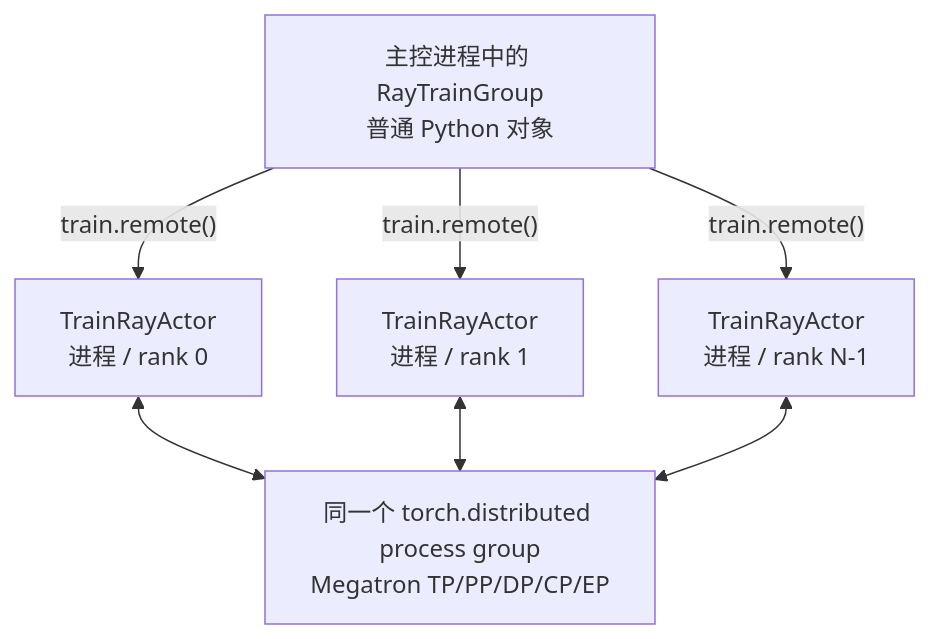
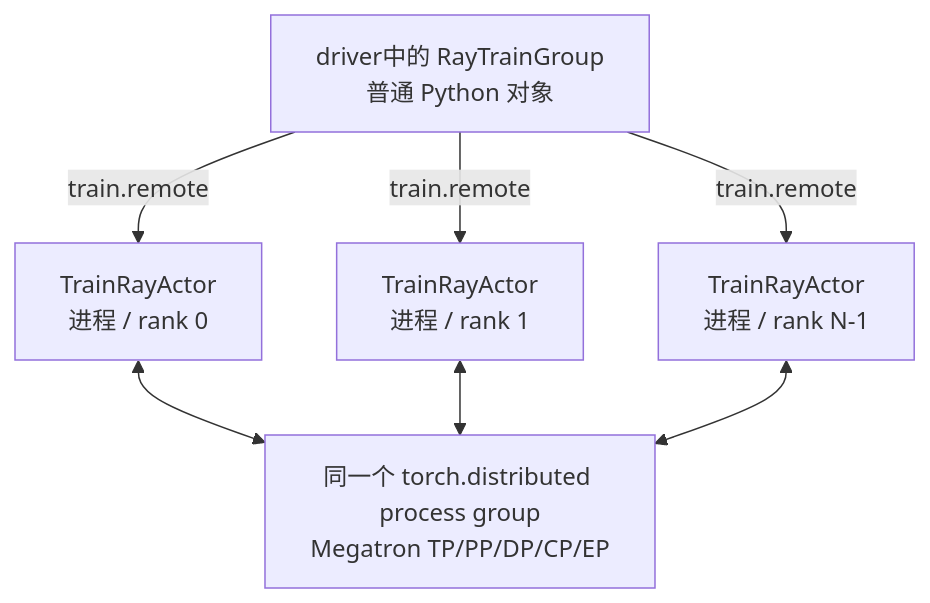
The second of 3 diagrams in wiki/02_engineering/04_posttrain_frameworks/slime/11_slime_ray_control_plane_analysis.md (suhaibo666/llm-knowledge), drawn with Mermaid before and after one commit. The commit also changed other lines of this file and 27 other files, not shown here.

````diff
--- a/wiki/02_engineering/04_posttrain_frameworks/slime/11_slime_ray_control_plane_analysis.md
+++ b/wiki/02_engineering/04_posttrain_frameworks/slime/11_slime_ray_control_plane_analysis.md
@@ -104,14 +124,14 @@
 ```mermaid
 flowchart TB
-    D["主控进程中的 RayTrainGroup<br/>普通 Python 对象"]
+    D["driver中的 RayTrainGroup<br/>普通 Python 对象"]
     A0["TrainRayActor<br/>进程 / rank 0"]
     A1["TrainRayActor<br/>进程 / rank 1"]
     AN["TrainRayActor<br/>进程 / rank N-1"]
     PG["同一个 torch.distributed process group<br/>Megatron TP/PP/DP/CP/EP"]
-    D -->|"train.remote()"| A0
-    D -->|"train.remote()"| A1
-    D -->|"train.remote()"| AN
+    D -->|train.remote| A0
+    D -->|train.remote| A1
+    D -->|train.remote| AN
     A0 <--> PG
     A1 <--> PG
     AN <--> PG
 ```
````
